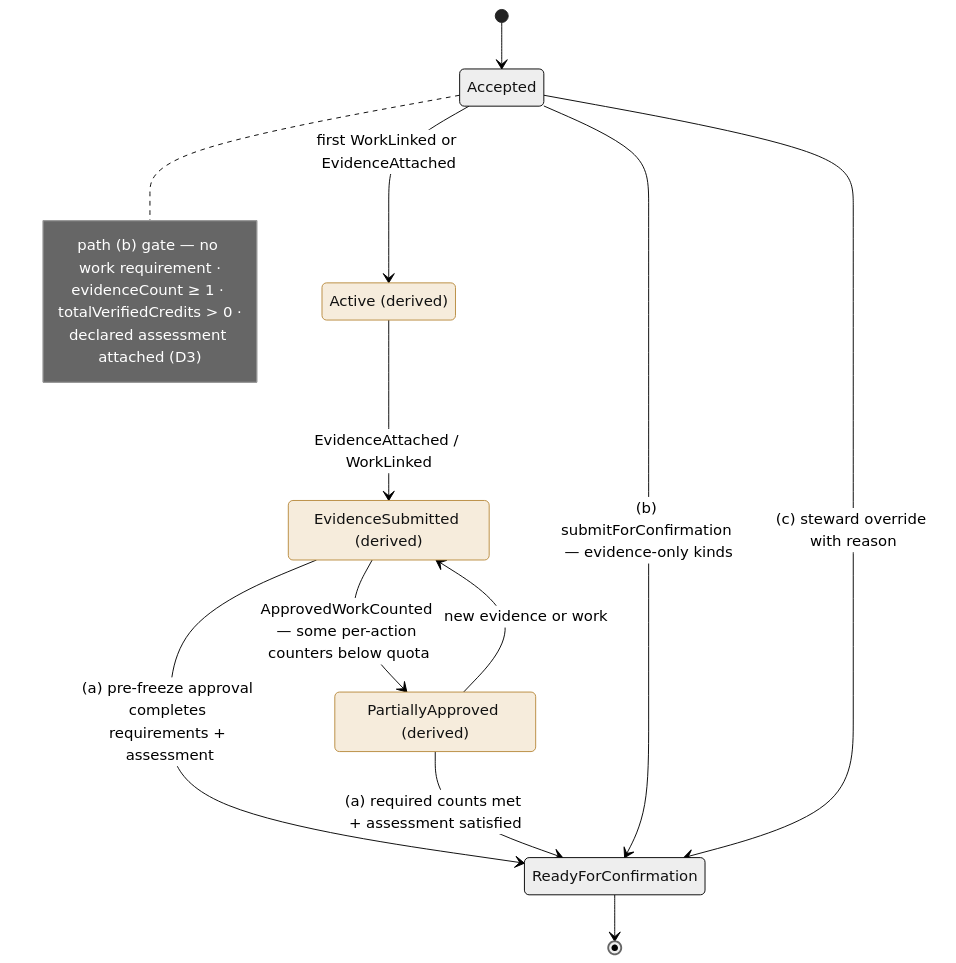
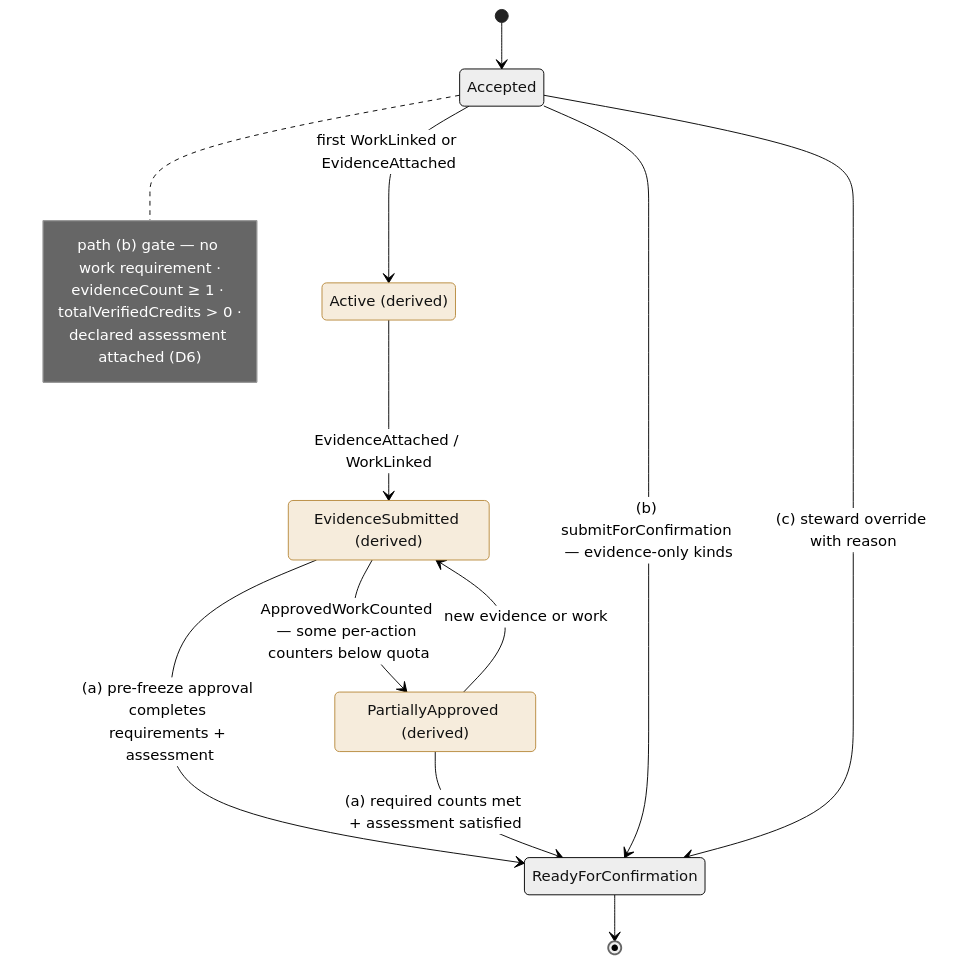
Diagram 15 of 38 in .plans/active/commitment-pooling/diagrams.md (greenpill-dev-guild/green-goods), drawn with Mermaid (neutral theme) before and after one commit. The commit also changed other lines of this file and 8 other files, not shown here.

````diff
--- a/.plans/active/commitment-pooling/diagrams.md
+++ b/.plans/active/commitment-pooling/diagrams.md
@@ -625,25 +823,25 @@
 ```mermaid
 stateDiagram-v2
   classDef derived fill:#f6ecdc,stroke:#b98a3e
   Active: Active (derived)
   EvidenceSubmitted: EvidenceSubmitted (derived)
   PartiallyApproved: PartiallyApproved (derived)
   [*] --> Accepted
   Accepted --> Active : first WorkLinked or EvidenceAttached
   Active --> EvidenceSubmitted : EvidenceAttached / WorkLinked
   EvidenceSubmitted --> PartiallyApproved : ApprovedWorkCounted — some per-action counters below quota
   PartiallyApproved --> EvidenceSubmitted : new evidence or work
   EvidenceSubmitted --> ReadyForConfirmation : (a) pre-freeze approval completes requirements + assessment
   PartiallyApproved --> ReadyForConfirmation : (a) required counts met + assessment satisfied
   Accepted --> ReadyForConfirmation : (b) submitForConfirmation — evidence-only kinds
   Accepted --> ReadyForConfirmation : (c) steward override with reason
   note right of Accepted
     path (b) gate — no work requirement ·
     evidenceCount ≥ 1 · totalVerifiedCredits > 0 ·
-    declared assessment attached (D3)
+    declared assessment attached (D6)
   end note
   ReadyForConfirmation --> [*]
   class Active derived
   class EvidenceSubmitted derived
   class PartiallyApproved derived
 ```
````
